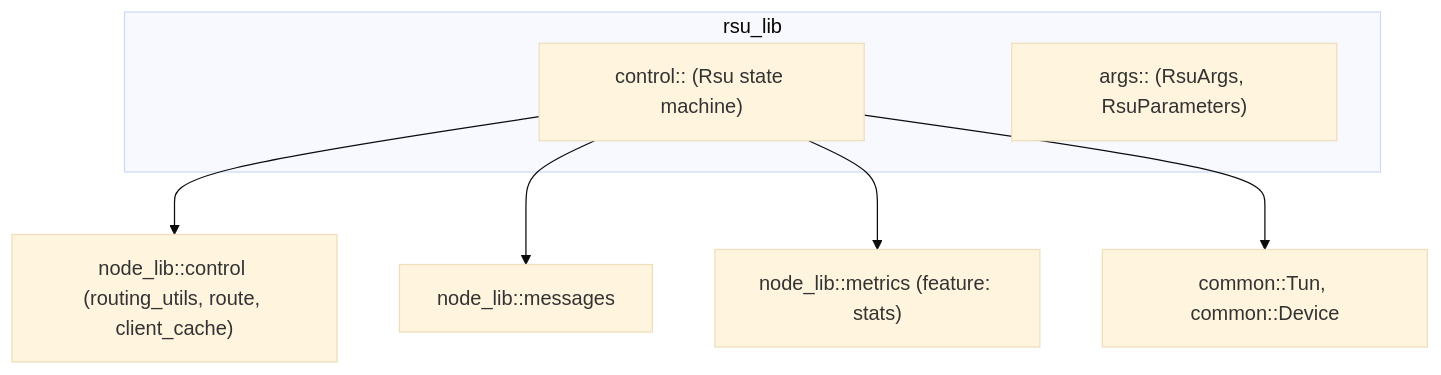
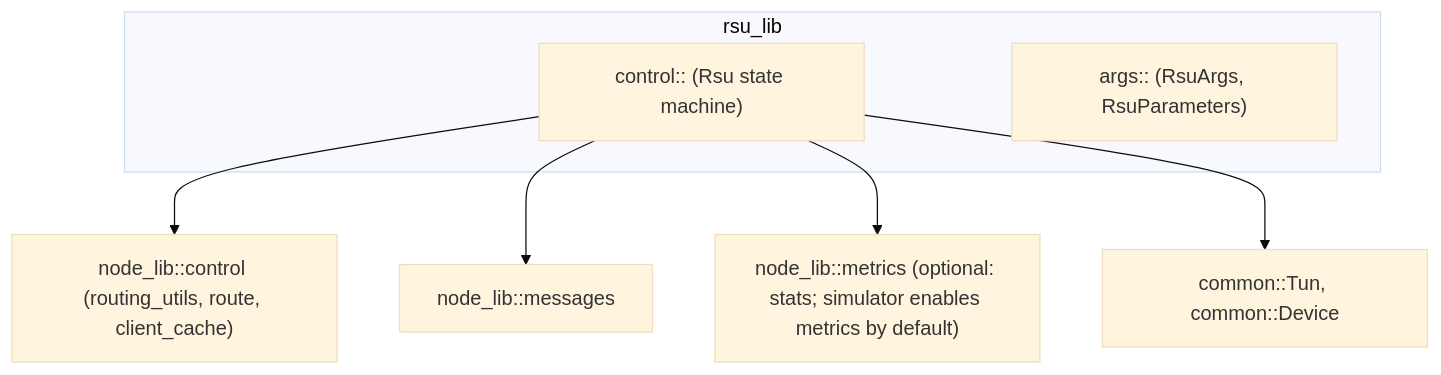
The diagram in rsu_lib/ARCHITECTURE.md (GomesGoncalo/vigilant-parakeet), drawn with Mermaid (base theme) before and after one commit. The commit also changed 1188 other files, not shown here.

````diff
--- a/rsu_lib/ARCHITECTURE.md
+++ b/rsu_lib/ARCHITECTURE.md
@@ -5,12 +5,12 @@
 ```mermaid
 flowchart TB
   subgraph rsu_lib
     RS["control:: (Rsu state machine)"]
     AR["args:: (RsuArgs, RsuParameters)"]
   end
 
   RS --> NL["node_lib::control (routing_utils, route, client_cache)"]
   RS --> MS["node_lib::messages"]
-  RS --> MET["node_lib::metrics (feature: stats)"]
+  RS --> MET["node_lib::metrics (optional: stats; simulator enables metrics by default)"]
   RS --> CMN["common::Tun, common::Device"]
 ```
````
